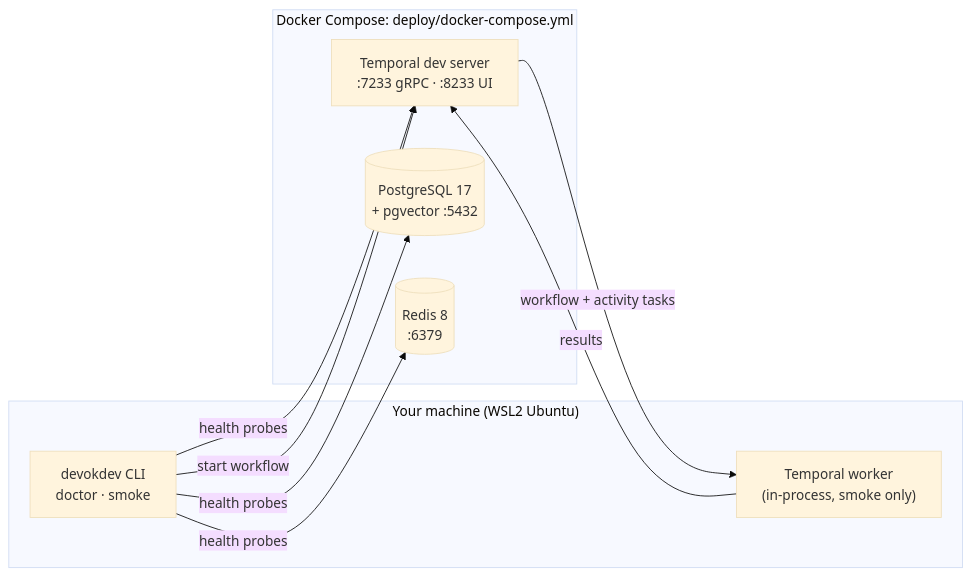
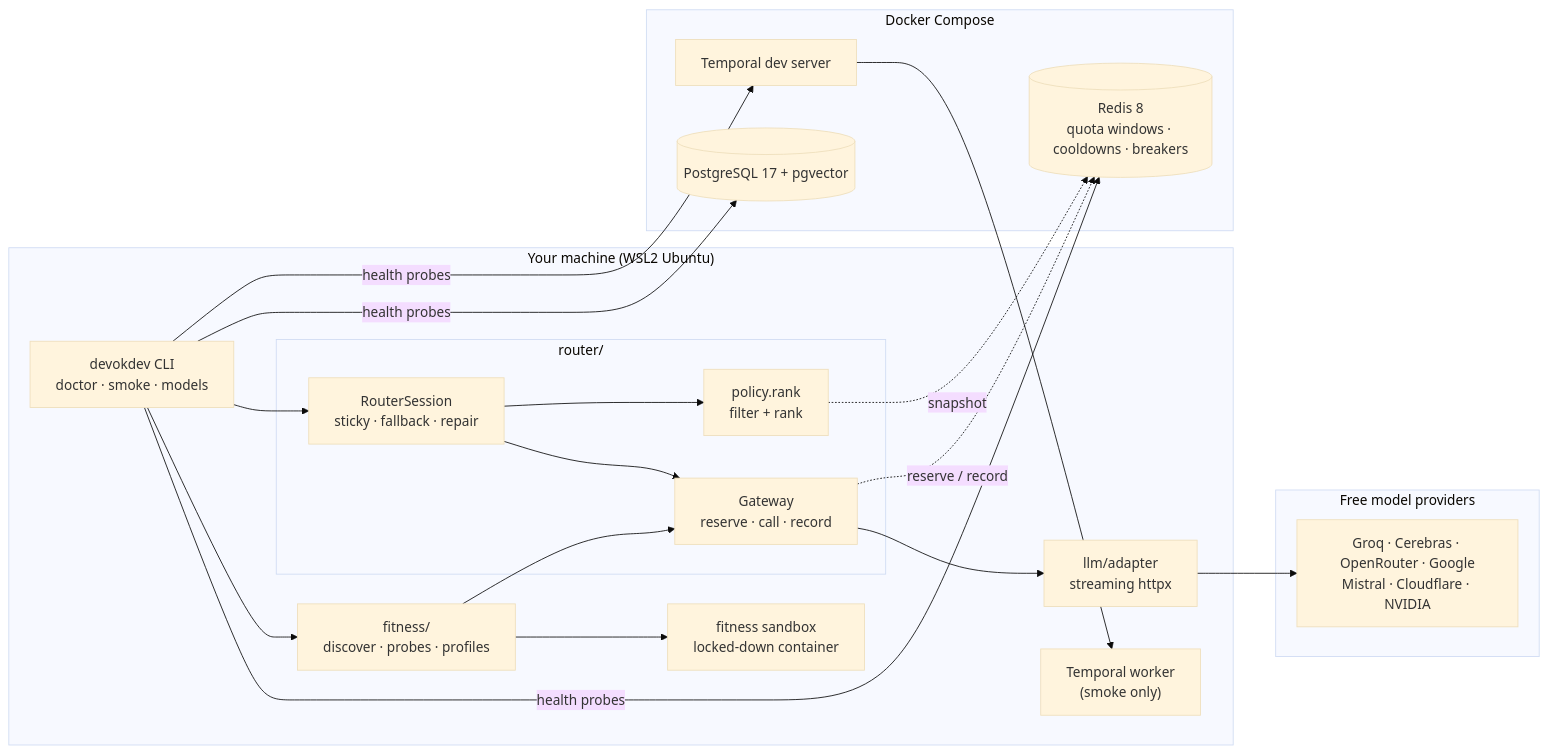
One commit to vedprakash-b/devo-k-dev changed the diagram in docs/ARCHITECTURE.md. Above: the diagram before and after it, drawn with Mermaid (base theme). The commit also changed other lines of this file and 66 other files, not shown here.

First line of the commit message:
feat: M1 model gateway, router and fitness check (#1)

````diff
--- a/docs/ARCHITECTURE.md
+++ b/docs/ARCHITECTURE.md
@@ -8,16 +8,31 @@
 ```mermaid
 flowchart LR
     subgraph host["Your machine (WSL2 Ubuntu)"]
-        CLI["devokdev CLI<br/>doctor · smoke"]
-        W["Temporal worker<br/>(in-process, smoke only)"]
+        CLI["devokdev CLI<br/>doctor · smoke · models"]
+        subgraph router["router/"]
+            S["RouterSession<br/>sticky · fallback · repair"]
+            P["policy.rank<br/>filter + rank"]
+            G["Gateway<br/>reserve · call · record"]
+        end
+        A["llm/adapter<br/>streaming httpx"]
+        F["fitness/<br/>discover · probes · profiles"]
+        SB["fitness sandbox<br/>locked-down container"]
+        W["Temporal worker<br/>(smoke only)"]
     end
-    subgraph stack["Docker Compose: deploy/docker-compose.yml"]
-        T["Temporal dev server<br/>:7233 gRPC · :8233 UI"]
-        P[("PostgreSQL 17<br/>+ pgvector :5432")]
-        R[("Redis 8<br/>:6379")]
+    subgraph stack["Docker Compose"]
+        T["Temporal dev server"]
+        PG[("PostgreSQL 17 + pgvector")]
+        R[("Redis 8<br/>quota windows · cooldowns · breakers")]
     end
-    CLI -- "health probes" --> T & P & R
-    CLI -- "start workflow" --> T
-    T -- "workflow + activity tasks" --> W
-    W -- "results" --> T
+    subgraph cloud["Free model providers"]
+        PR["Groq · Cerebras · OpenRouter · Google<br/>Mistral · Cloudflare · NVIDIA"]
+    end
+    CLI --> S --> P
+    S --> G --> A --> PR
+    P -. snapshot .-> R
+    G -. reserve / record .-> R
+    CLI --> F --> G
+    F --> SB
+    CLI -- health probes --> T & PG & R
+    T --> W
 ```
````
